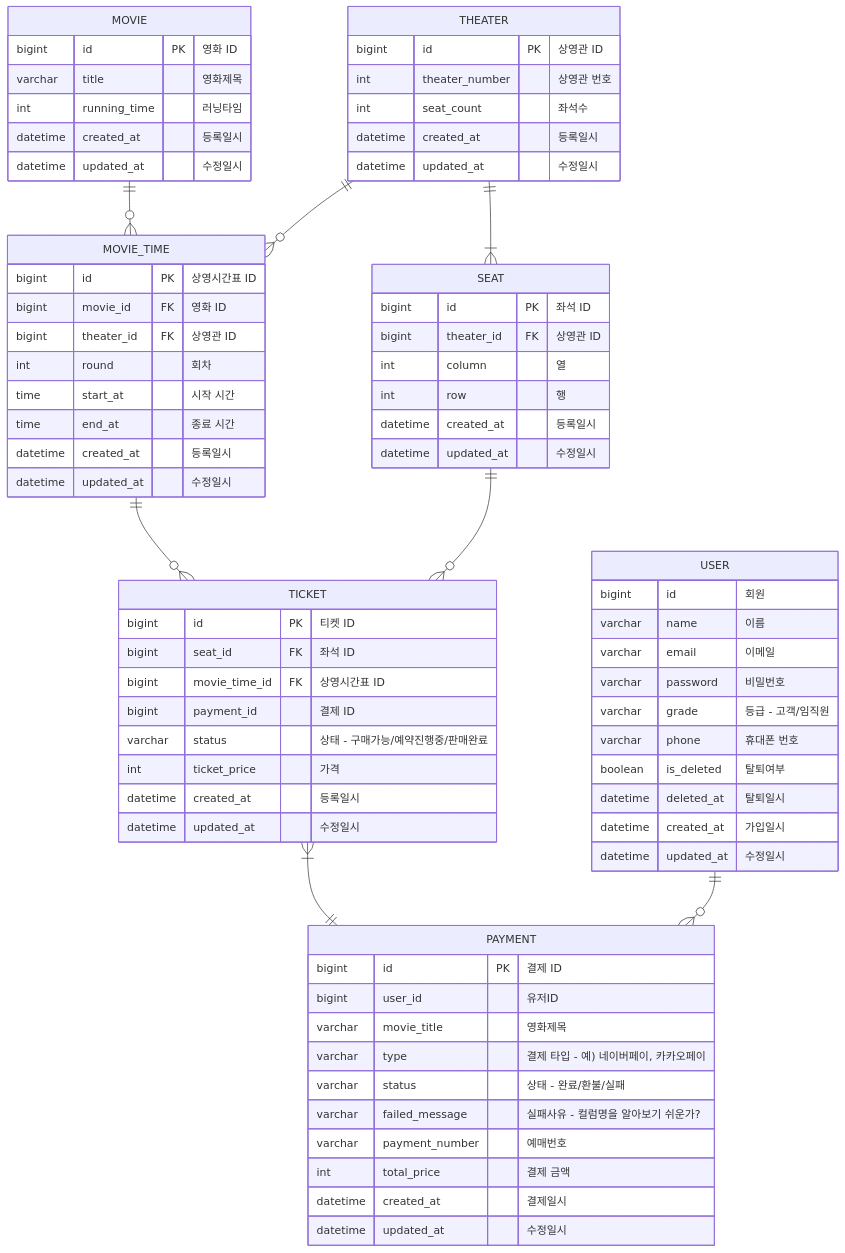
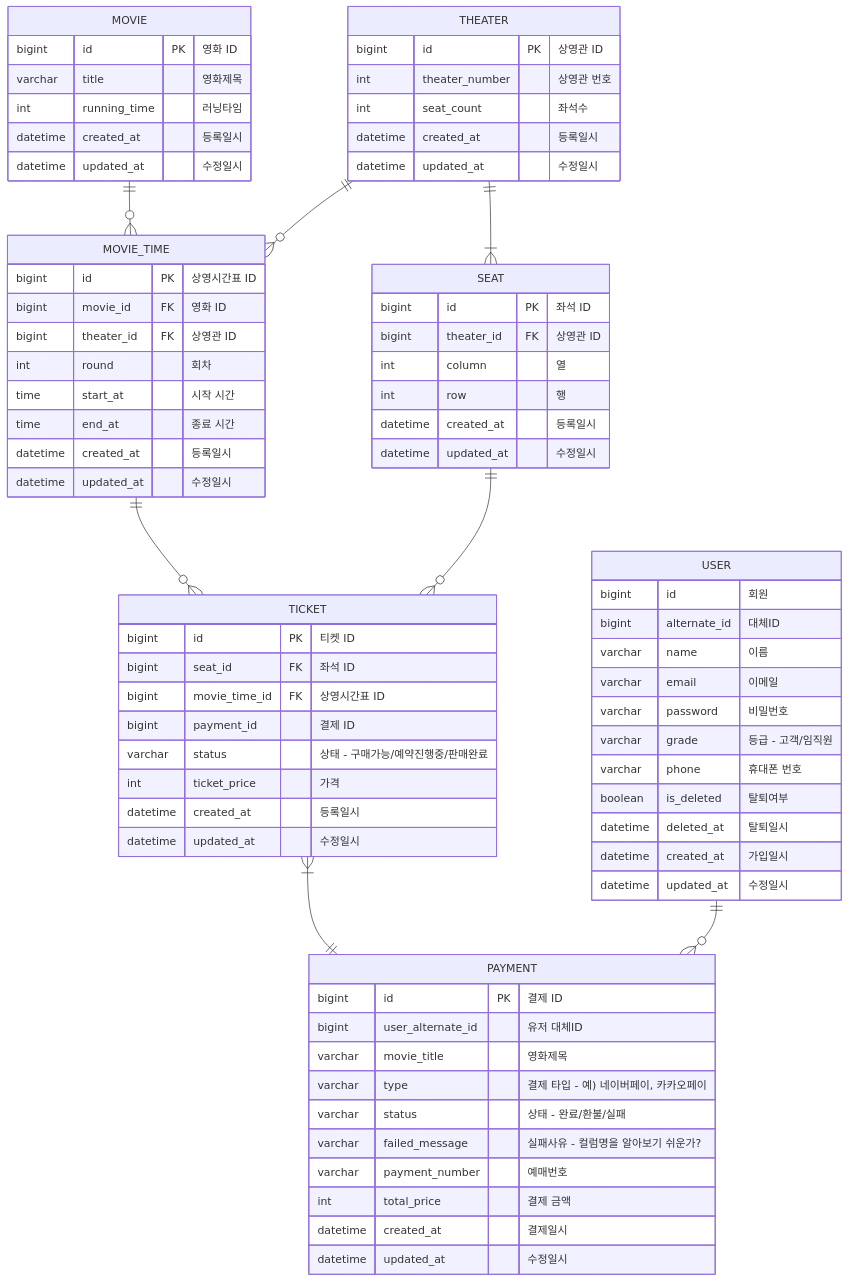
The diagram in README.md (f-lab-edu/Ticketing), drawn with Mermaid before and after one commit.

````diff
--- a/README.md
+++ b/README.md
@@ -45,76 +45,77 @@
 ``` mermaid
 erDiagram
     MOVIE ||--o{ MOVIE_TIME : ""
     MOVIE {
         bigint id PK "영화 ID"
         varchar title "영화제목"
         int running_time "러닝타임"
         datetime created_at "등록일시"
         datetime updated_at "수정일시"
     }
     THEATER ||--o{ MOVIE_TIME : ""
     THEATER ||--|{ SEAT : ""
     THEATER {
         bigint id PK "상영관 ID"
         int theater_number "상영관 번호"
         int seat_count "좌석수"
         datetime created_at "등록일시"
         datetime updated_at "수정일시"
     }
     SEAT ||--o{ TICKET : ""
     SEAT {
         bigint id PK "좌석 ID"
         bigint theater_id FK "상영관 ID"
         int column "열"
         int row "행"
         datetime created_at "등록일시"
         datetime updated_at "수정일시"
     }
     MOVIE_TIME ||--o{ TICKET : ""
     MOVIE_TIME {
         bigint id PK "상영시간표 ID"
         bigint movie_id FK "영화 ID"
         bigint theater_id FK "상영관 ID"
         int round "회차"
         time start_at "시작 시간"
         time end_at "종료 시간"
         datetime created_at "등록일시"
         datetime updated_at "수정일시"
     }
     TICKET {
         bigint id PK "티켓 ID"
         bigint seat_id FK "좌석 ID"
         bigint movie_time_id FK "상영시간표 ID"
         bigint payment_id "결제 ID"
         varchar status "상태 - 구매가능/예약진행중/판매완료"
         int ticket_price "가격"
         datetime created_at "등록일시"
         datetime updated_at "수정일시"
     }
     TICKET }|--|| PAYMENT : ""
     PAYMENT {
         bigint id PK "결제 ID"
-        bigint user_id "유저ID"
+        bigint user_alternate_id "유저 대체ID"
         varchar movie_title "영화제목"
         varchar type "결제 타입 - 예) 네이버페이, 카카오페이"
         varchar status "상태 - 완료/환불/실패"
         varchar failed_message "실패사유 - 컬럼명을 알아보기 쉬운가?"
         varchar payment_number "예매번호"
         int total_price "결제 금액"
         datetime created_at "결제일시"
         datetime updated_at "수정일시"
     }
     USER ||--o{ PAYMENT : ""
     USER {
         bigint id "회원"
+        bigint alternate_id "대체ID"
         varchar name "이름"
         varchar email "이메일"
         varchar password "비밀번호"
         varchar grade "등급 - 고객/임직원"
         varchar phone "휴대폰 번호"
         boolean is_deleted "탈퇴여부"
         datetime deleted_at "탈퇴일시"
         datetime created_at "가입일시"
         datetime updated_at "수정일시"
     }
 ```
````
